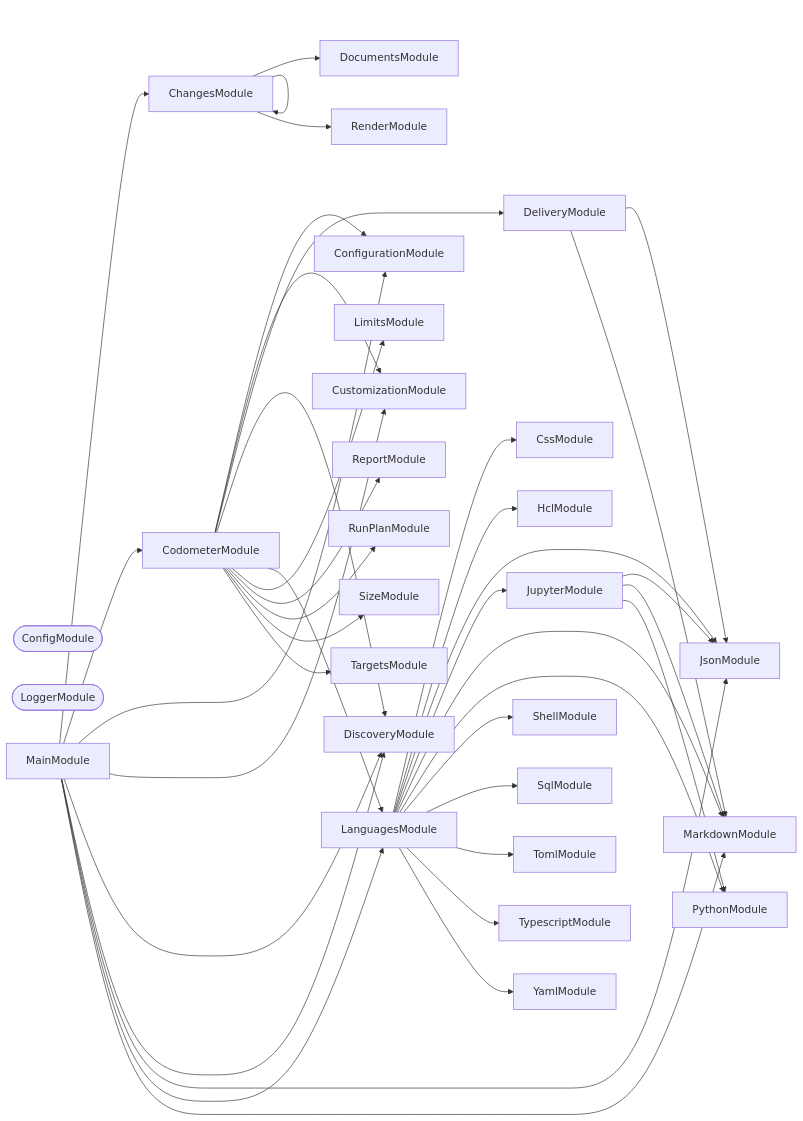
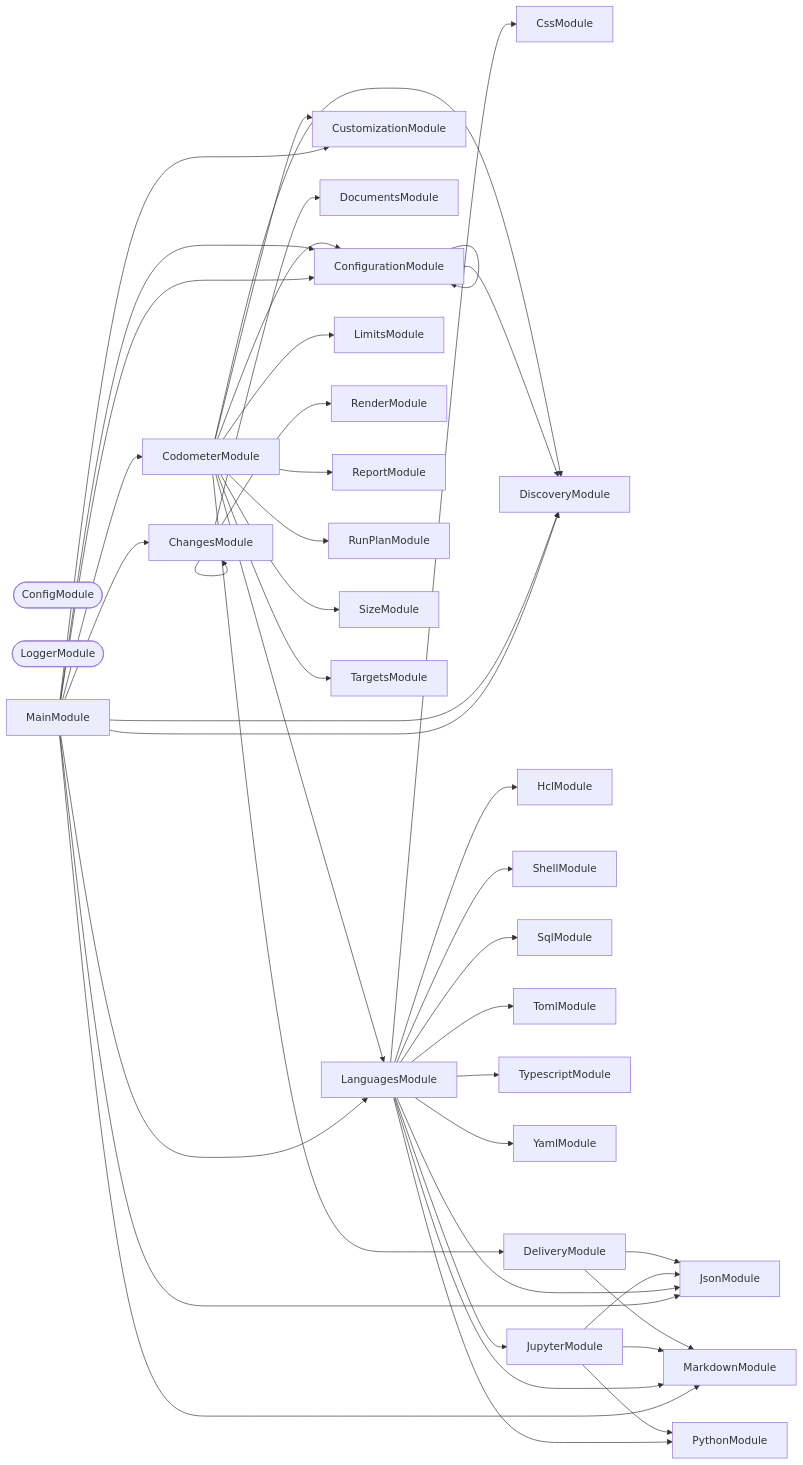
The second of 3 diagrams in packages/codometer-cli/README.md (JimmyPaolini/codebase), drawn with Mermaid before and after one commit. The commit also changed other lines of this file and 50 other files, not shown here.

````diff
--- a/packages/codometer-cli/README.md
+++ b/packages/codometer-cli/README.md
@@ -793,69 +793,72 @@
 ```mermaid
 flowchart LR
   ChangesModule
   CodometerModule
   ConfigModule([ConfigModule])
   ConfigurationModule
   CssModule
   CustomizationModule
   DeliveryModule
   DiscoveryModule
   DocumentsModule
   HclModule
   JsonModule
   JupyterModule
   LanguagesModule
   LimitsModule
   LoggerModule([LoggerModule])
   MainModule
   MarkdownModule
   PythonModule
   RenderModule
   ReportModule
   RunPlanModule
   ShellModule
   SizeModule
   SqlModule
   TargetsModule
   TomlModule
   TypescriptModule
   YamlModule
   ChangesModule --> ChangesModule
   ChangesModule --> DocumentsModule
   ChangesModule --> RenderModule
   CodometerModule --> ConfigurationModule
   CodometerModule --> CustomizationModule
   CodometerModule --> DeliveryModule
   CodometerModule --> DiscoveryModule
   CodometerModule --> LanguagesModule
   CodometerModule --> LimitsModule
   CodometerModule --> ReportModule
   CodometerModule --> RunPlanModule
   CodometerModule --> SizeModule
   CodometerModule --> TargetsModule
+  ConfigurationModule --> ConfigurationModule
+  ConfigurationModule --> DiscoveryModule
   DeliveryModule --> JsonModule
   DeliveryModule --> MarkdownModule
   JupyterModule --> JsonModule
   JupyterModule --> MarkdownModule
   JupyterModule --> PythonModule
   LanguagesModule --> CssModule
   LanguagesModule --> HclModule
   LanguagesModule --> JsonModule
   LanguagesModule --> JupyterModule
   LanguagesModule --> MarkdownModule
   LanguagesModule --> PythonModule
   LanguagesModule --> ShellModule
   LanguagesModule --> SqlModule
   LanguagesModule --> TomlModule
   LanguagesModule --> TypescriptModule
   LanguagesModule --> YamlModule
   MainModule --> ChangesModule
   MainModule --> CodometerModule
   MainModule --> ConfigurationModule
+  MainModule --> ConfigurationModule
   MainModule --> CustomizationModule
   MainModule --> DiscoveryModule
   MainModule --> DiscoveryModule
   MainModule --> JsonModule
   MainModule --> LanguagesModule
   MainModule --> MarkdownModule
 ```
````
